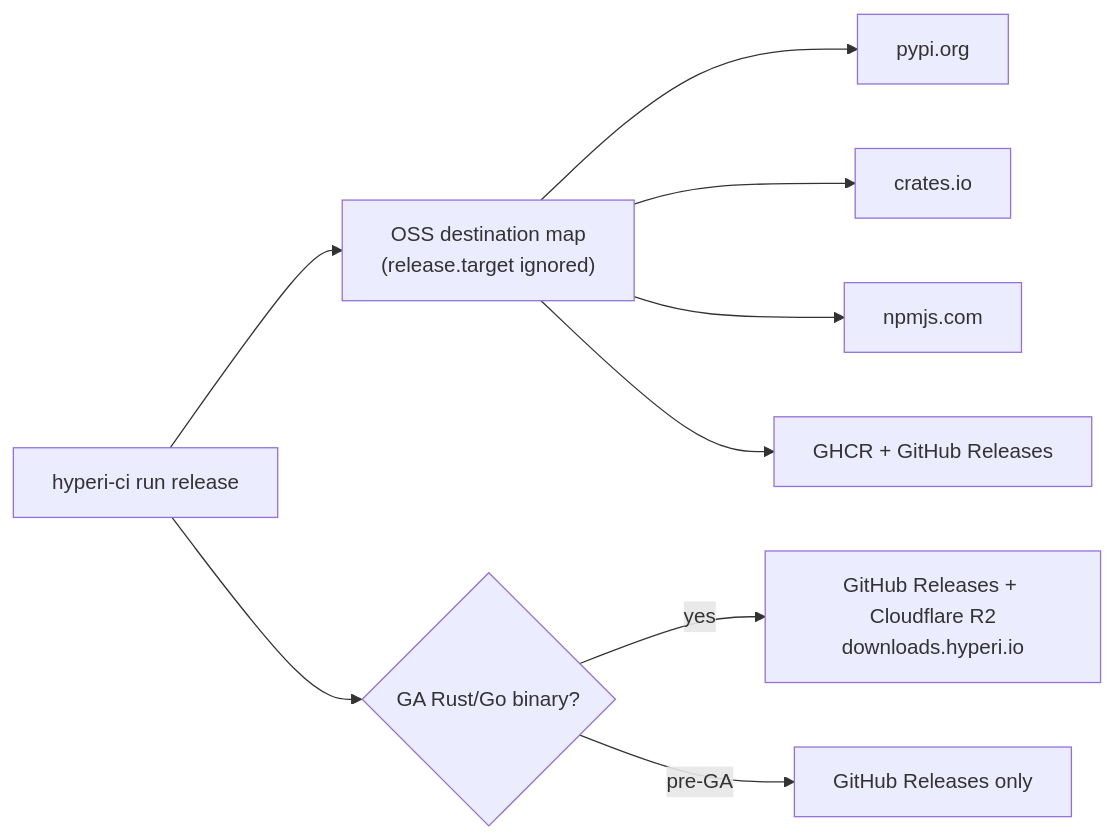
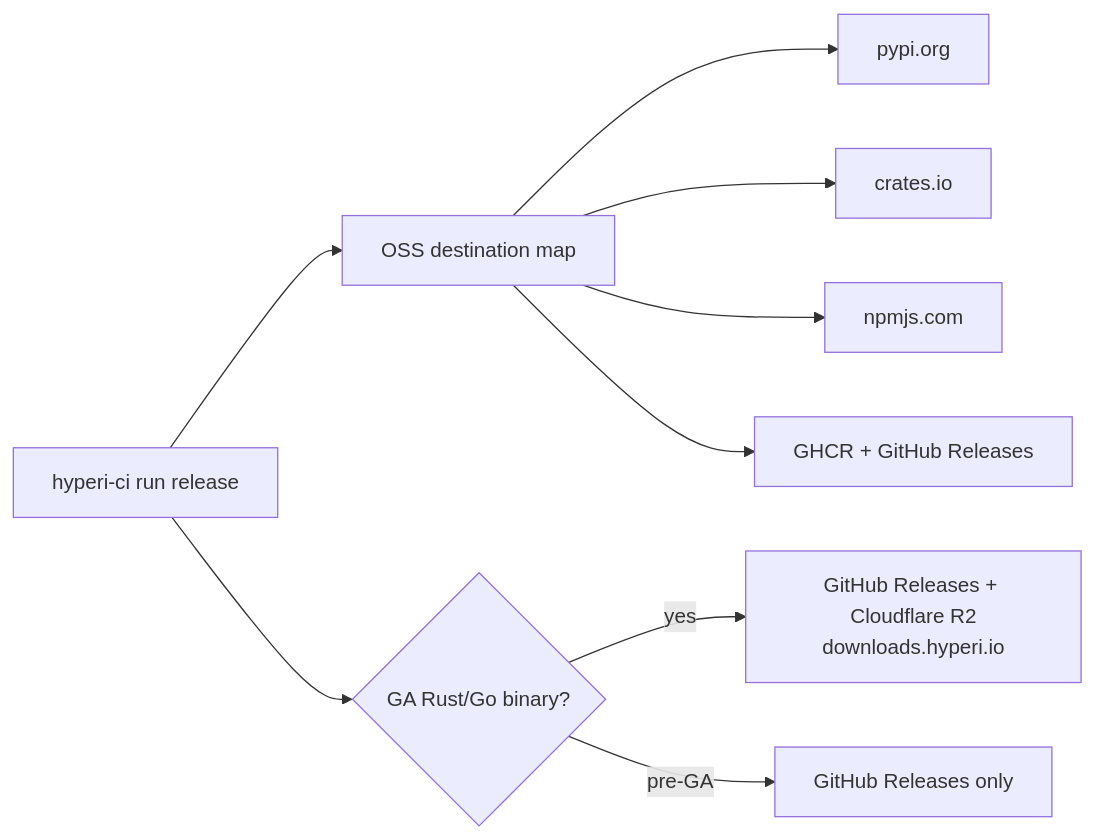
One commit to hyperi-io/hyperi-ci changed the fifth of 7 diagrams in docs/flow.md. Above: the diagram before and after it, drawn with Mermaid. The commit also changed other lines of this file and 167 other files, not shown here.

````diff
--- a/docs/flow.md
+++ b/docs/flow.md
@@ -112,11 +111,11 @@
 ```mermaid
 flowchart LR
-    PUB[hyperi-ci run release] --> M["OSS destination map<br/>(release.target ignored)"]
+    PUB[hyperi-ci run release] --> M["OSS destination map"]
     M --> PY[pypi.org]
     M --> CR[crates.io]
     M --> NPM[npmjs.com]
     M --> GH[GHCR + GitHub Releases]
     PUB --> GA{GA Rust/Go binary?}
     GA -->|yes| R2[GitHub Releases + Cloudflare R2<br/>downloads.hyperi.io]
     GA -->|pre-GA| GHO[GitHub Releases only]
 ```
````
